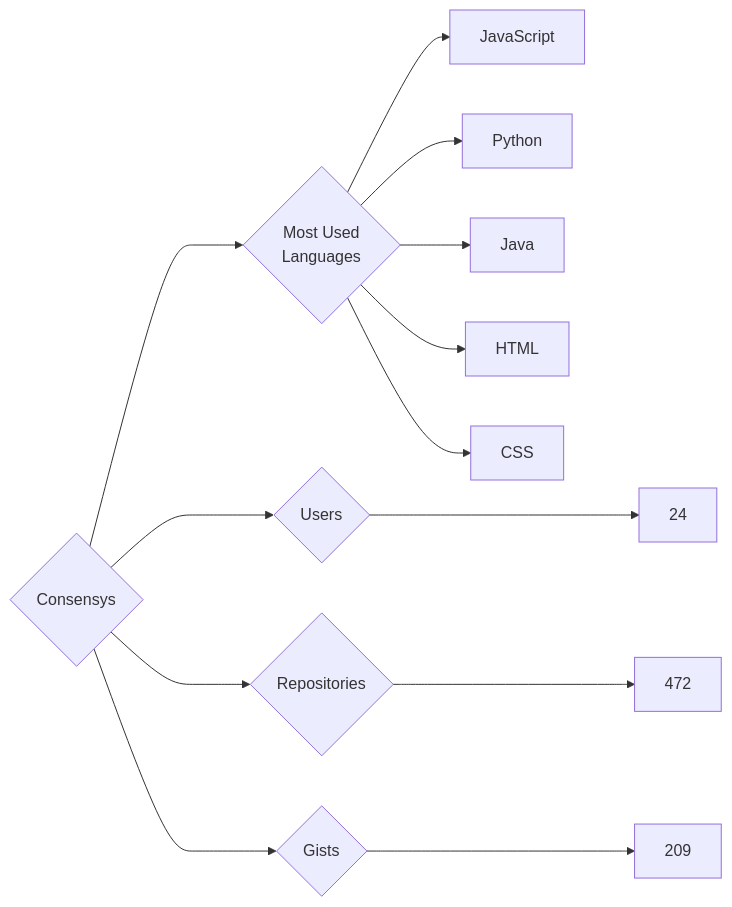
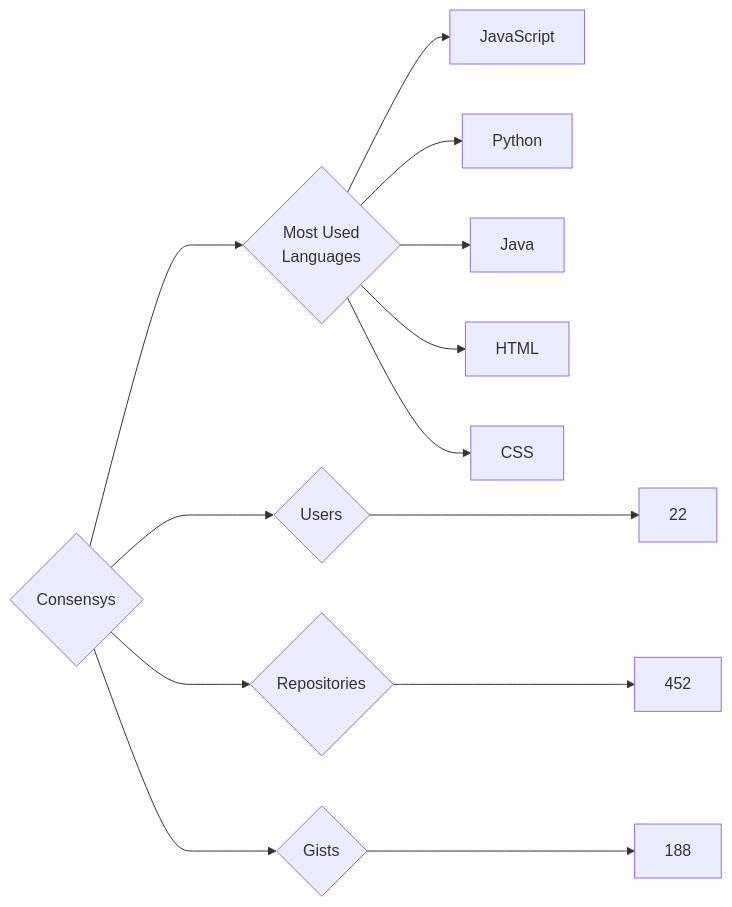
Before and after one commit to trickest/insiders: the diagram in targets/Consensys/README.md, drawn with Mermaid. The commit also changed 1020 other files, not shown here.

````diff
--- a/targets/Consensys/README.md
+++ b/targets/Consensys/README.md
@@ -3,13 +3,13 @@
 ```mermaid
 graph LR
 COMPANY_NAME{Consensys}
-COMPANY_NAME ---> U{Users} ---> UN[24]
-COMPANY_NAME ---> R{Repositories} ---> RN[472]
-COMPANY_NAME ---> G{Gists} ---> GN[209]
+COMPANY_NAME ---> U{Users} ---> UN[22]
+COMPANY_NAME ---> R{Repositories} ---> RN[452]
+COMPANY_NAME ---> G{Gists} ---> GN[188]
 COMPANY_NAME ---> ML{Most Used<br>Languages}
 ML --> JavaScript[JavaScript]
 ML --> Python[Python]
 ML --> Java[Java]
 ML --> HTML[HTML]
 ML --> CSS[CSS]
 ```
````
